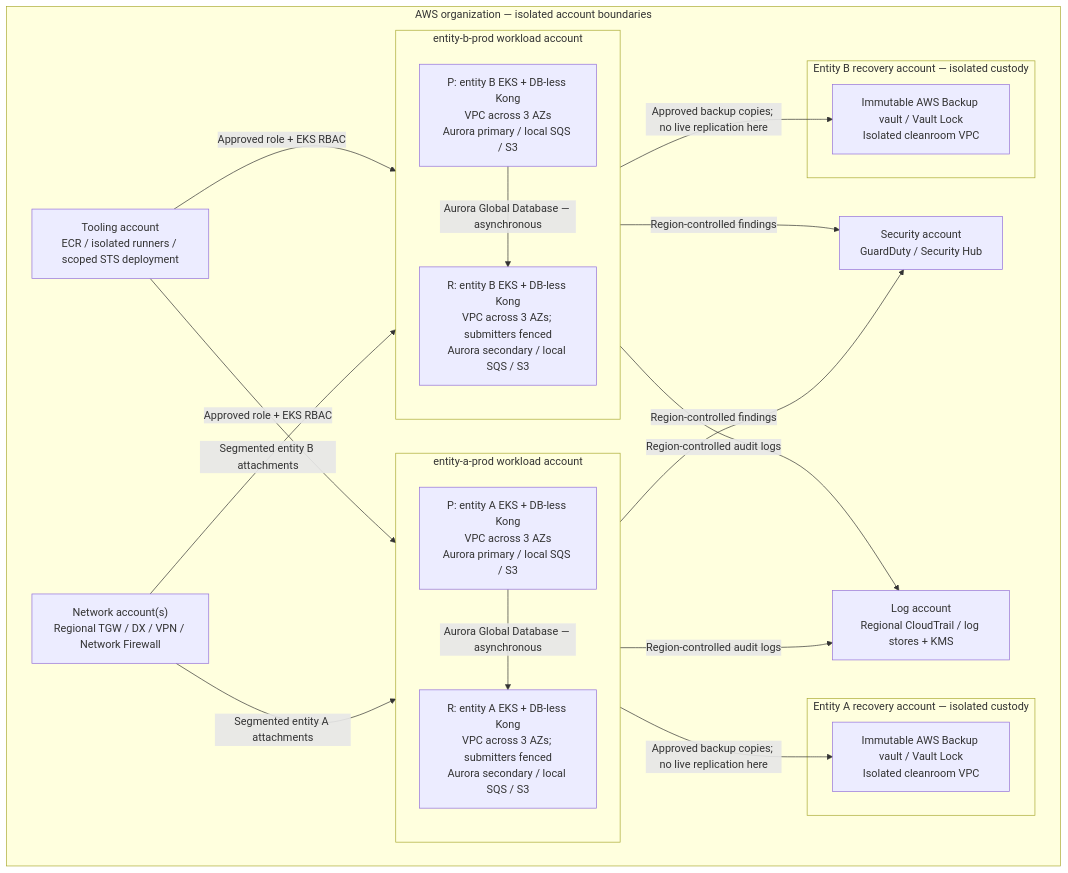
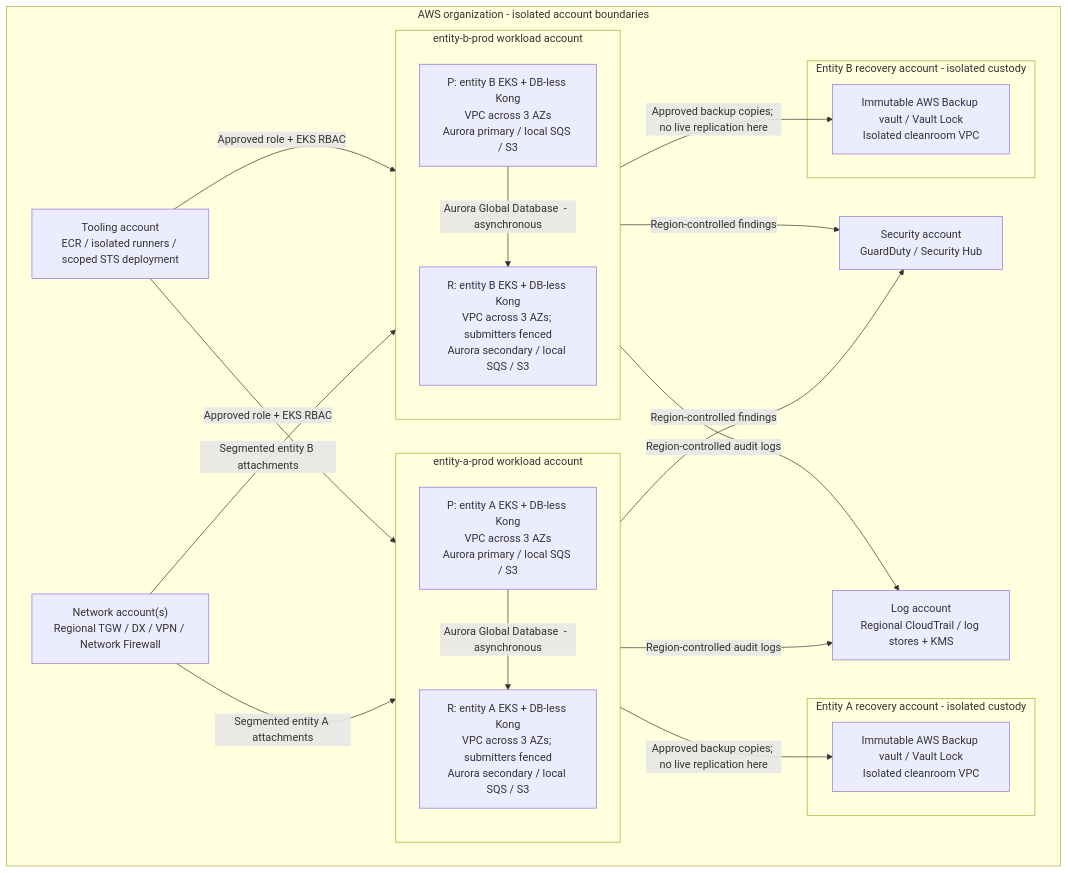
Before and after one commit to david2331/cloudmigration-solution-design: the first of 2 diagrams in tier1-payments-modernisation/diagrams/deployment-architecture.md, drawn with Mermaid. The commit also changed other lines of this file and 8 other files, not shown here.

````diff
--- a/tier1-payments-modernisation/diagrams/deployment-architecture.md
+++ b/tier1-payments-modernisation/diagrams/deployment-architecture.md
@@ -7,35 +7,35 @@
 ```mermaid
 flowchart TB
-  subgraph org["AWS organization — isolated account boundaries"]
+  subgraph org["AWS organization  -  isolated account boundaries"]
     subgraph a["entity-a-prod workload account"]
       ap["P: entity A EKS + DB-less Kong<br/>VPC across 3 AZs<br/>Aurora primary / local SQS / S3"]
       ar["R: entity A EKS + DB-less Kong<br/>VPC across 3 AZs; submitters fenced<br/>Aurora secondary / local SQS / S3"]
-      ap -->|"Aurora Global Database — asynchronous"| ar
+      ap -->|"Aurora Global Database  -  asynchronous"| ar
     end
     subgraph b["entity-b-prod workload account"]
       bp["P: entity B EKS + DB-less Kong<br/>VPC across 3 AZs<br/>Aurora primary / local SQS / S3"]
       br["R: entity B EKS + DB-less Kong<br/>VPC across 3 AZs; submitters fenced<br/>Aurora secondary / local SQS / S3"]
-      bp -->|"Aurora Global Database — asynchronous"| br
+      bp -->|"Aurora Global Database  -  asynchronous"| br
     end
-    subgraph ra["Entity A recovery account — isolated custody"]
+    subgraph ra["Entity A recovery account  -  isolated custody"]
       ba["Immutable AWS Backup vault / Vault Lock<br/>Isolated cleanroom VPC"]
     end
-    subgraph rb["Entity B recovery account — isolated custody"]
+    subgraph rb["Entity B recovery account  -  isolated custody"]
       bb["Immutable AWS Backup vault / Vault Lock<br/>Isolated cleanroom VPC"]
     end
     network["Network account(s)<br/>Regional TGW / DX / VPN / Network Firewall"]
     sec["Security account<br/>GuardDuty / Security Hub"]
     log["Log account<br/>Regional CloudTrail / log stores + KMS"]
     tools["Tooling account<br/>ECR / isolated runners / scoped STS deployment"]
   end
   network -->|"Segmented entity A attachments"| a
   network -->|"Segmented entity B attachments"| b
   tools -->|"Approved role + EKS RBAC"| a
   tools -->|"Approved role + EKS RBAC"| b
   a -->|"Approved backup copies; no live replication here"| ba
   b -->|"Approved backup copies; no live replication here"| bb
   a -->|"Region-controlled findings"| sec
   b -->|"Region-controlled findings"| sec
   a -->|"Region-controlled audit logs"| log
   b -->|"Region-controlled audit logs"| log
 ```
````
